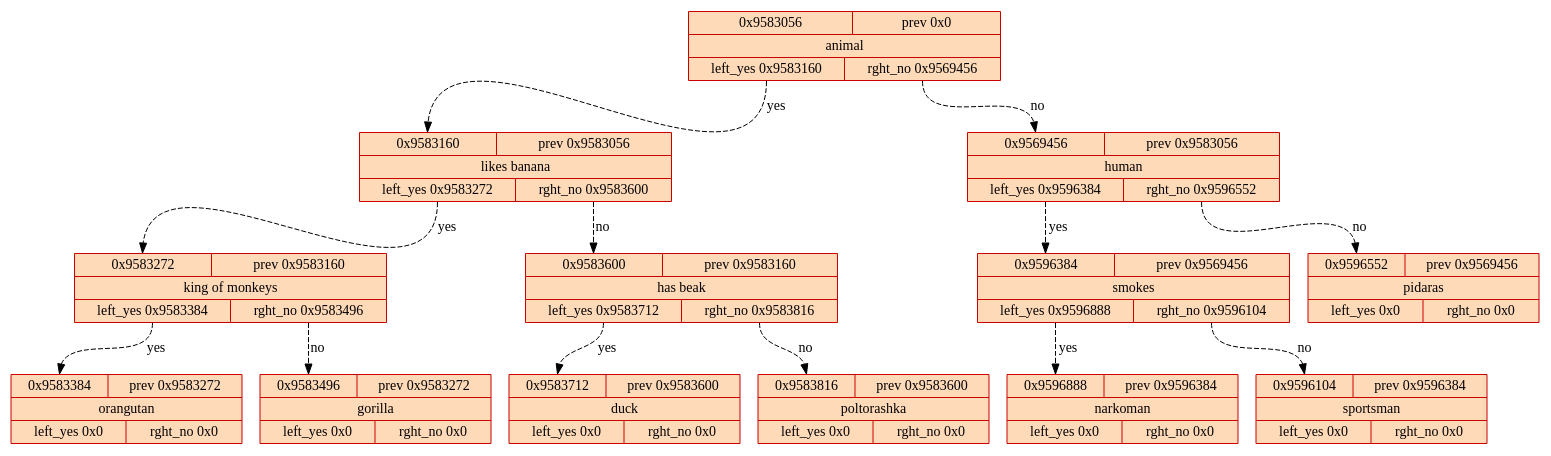
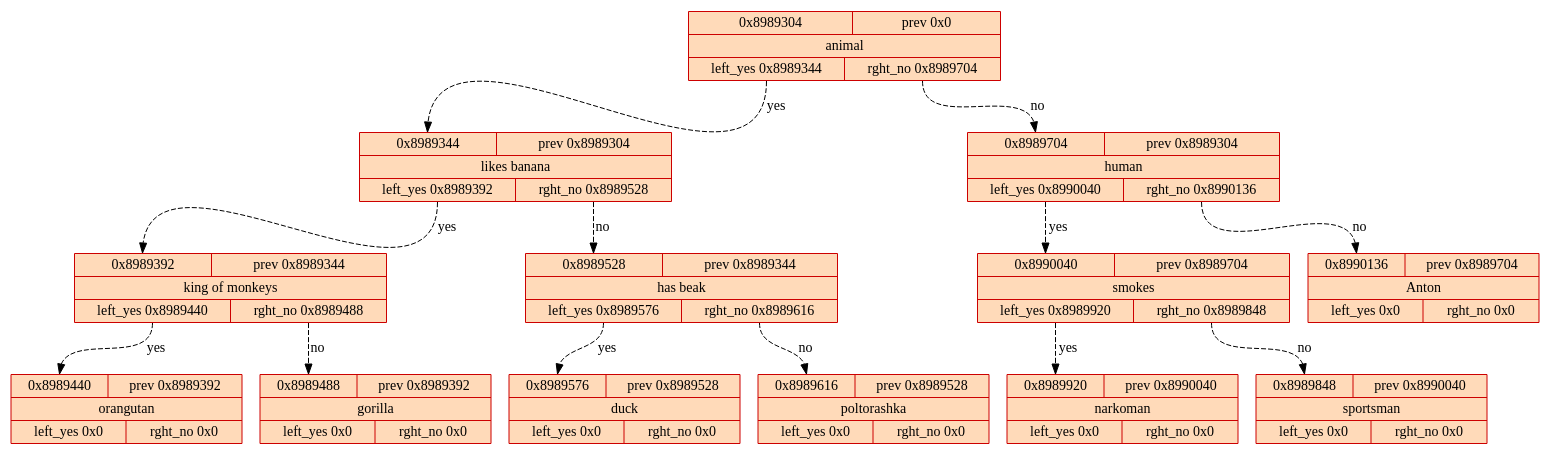
One commit to Art8mish/Akinator changed the diagram in tree_graph.gv. Above: the diagram before and after it, drawn with Graphviz. The commit also changed 31 other files, not shown here.

```diff
--- a/tree_graph.gv
+++ b/tree_graph.gv
@@ -1,29 +1,29 @@
 digraph tree{
 	rankdir=TB;
 spline = ortho;
-	9583056[style="filled",fillcolor="peachpuff"shape=record,color=red3,label="{{<f0> 0x9583056 |<f3>prev 0x0}|animal|{<f2>left_yes 0x9583160 | <f1>rght_no 0x9569456}}"]
-	9583056:<f2>:s->9583160:<f0>:n[weight = 1, constraint=true, style="dashed", label="yes"]
-	9583056:<f1>:s->9569456:<f0>:n[weight = 1, constraint=true, style="dashed", label="no"]
-	9569456[style="filled",fillcolor="peachpuff"shape=record,color=red3,label="{{<f0> 0x9569456 |<f3>prev 0x9583056}|human|{<f2>left_yes 0x9596384 | <f1>rght_no 0x9596552}}"]
-	9569456:<f2>:s->9596384:<f0>:n[weight = 1, constraint=true, style="dashed", label="yes"]
-	9569456:<f1>:s->9596552:<f0>:n[weight = 1, constraint=true, style="dashed", label="no"]
-	9596552[style="filled",fillcolor="peachpuff"shape=record,color=red3,label="{{<f0> 0x9596552 |<f3>prev 0x9569456}|pidaras|{<f2>left_yes 0x0 | <f1>rght_no 0x0}}"]
-	9596384[style="filled",fillcolor="peachpuff"shape=record,color=red3,label="{{<f0> 0x9596384 |<f3>prev 0x9569456}|smokes|{<f2>left_yes 0x9596888 | <f1>rght_no 0x9596104}}"]
-	9596384:<f2>:s->9596888:<f0>:n[weight = 1, constraint=true, style="dashed", label="yes"]
-	9596384:<f1>:s->9596104:<f0>:n[weight = 1, constraint=true, style="dashed", label="no"]
-	9596104[style="filled",fillcolor="peachpuff"shape=record,color=red3,label="{{<f0> 0x9596104 |<f3>prev 0x9596384}|sportsman|{<f2>left_yes 0x0 | <f1>rght_no 0x0}}"]
-	9596888[style="filled",fillcolor="peachpuff"shape=record,color=red3,label="{{<f0> 0x9596888 |<f3>prev 0x9596384}|narkoman|{<f2>left_yes 0x0 | <f1>rght_no 0x0}}"]
-	9583160[style="filled",fillcolor="peachpuff"shape=record,color=red3,label="{{<f0> 0x9583160 |<f3>prev 0x9583056}|likes banana|{<f2>left_yes 0x9583272 | <f1>rght_no 0x9583600}}"]
-	9583160:<f2>:s->9583272:<f0>:n[weight = 1, constraint=true, style="dashed", label="yes"]
-	9583160:<f1>:s->9583600:<f0>:n[weight = 1, constraint=true, style="dashed", label="no"]
-	9583600[style="filled",fillcolor="peachpuff"shape=record,color=red3,label="{{<f0> 0x9583600 |<f3>prev 0x9583160}|has beak|{<f2>left_yes 0x9583712 | <f1>rght_no 0x9583816}}"]
-	9583600:<f2>:s->9583712:<f0>:n[weight = 1, constraint=true, style="dashed", label="yes"]
-	9583600:<f1>:s->9583816:<f0>:n[weight = 1, constraint=true, style="dashed", label="no"]
-	9583816[style="filled",fillcolor="peachpuff"shape=record,color=red3,label="{{<f0> 0x9583816 |<f3>prev 0x9583600}|poltorashka|{<f2>left_yes 0x0 | <f1>rght_no 0x0}}"]
-	9583712[style="filled",fillcolor="peachpuff"shape=record,color=red3,label="{{<f0> 0x9583712 |<f3>prev 0x9583600}|duck|{<f2>left_yes 0x0 | <f1>rght_no 0x0}}"]
-	9583272[style="filled",fillcolor="peachpuff"shape=record,color=red3,label="{{<f0> 0x9583272 |<f3>prev 0x9583160}|king of monkeys|{<f2>left_yes 0x9583384 | <f1>rght_no 0x9583496}}"]
-	9583272:<f2>:s->9583384:<f0>:n[weight = 1, constraint=true, style="dashed", label="yes"]
-	9583272:<f1>:s->9583496:<f0>:n[weight = 1, constraint=true, style="dashed", label="no"]
-	9583496[style="filled",fillcolor="peachpuff"shape=record,color=red3,label="{{<f0> 0x9583496 |<f3>prev 0x9583272}|gorilla|{<f2>left_yes 0x0 | <f1>rght_no 0x0}}"]
-	9583384[style="filled",fillcolor="peachpuff"shape=record,color=red3,label="{{<f0> 0x9583384 |<f3>prev 0x9583272}|orangutan|{<f2>left_yes 0x0 | <f1>rght_no 0x0}}"]
+	8989304[style="filled",fillcolor="peachpuff"shape=record,color=red3,label="{{<f0> 0x8989304 |<f3>prev 0x0}|animal|{<f2>left_yes 0x8989344 | <f1>rght_no 0x8989704}}"]
+	8989304:<f2>:s->8989344:<f0>:n[weight = 1, constraint=true, style="dashed", label="yes"]
+	8989304:<f1>:s->8989704:<f0>:n[weight = 1, constraint=true, style="dashed", label="no"]
+	8989704[style="filled",fillcolor="peachpuff"shape=record,color=red3,label="{{<f0> 0x8989704 |<f3>prev 0x8989304}|human|{<f2>left_yes 0x8990040 | <f1>rght_no 0x8990136}}"]
+	8989704:<f2>:s->8990040:<f0>:n[weight = 1, constraint=true, style="dashed", label="yes"]
+	8989704:<f1>:s->8990136:<f0>:n[weight = 1, constraint=true, style="dashed", label="no"]
+	8990136[style="filled",fillcolor="peachpuff"shape=record,color=red3,label="{{<f0> 0x8990136 |<f3>prev 0x8989704}|Anton|{<f2>left_yes 0x0 | <f1>rght_no 0x0}}"]
+	8990040[style="filled",fillcolor="peachpuff"shape=record,color=red3,label="{{<f0> 0x8990040 |<f3>prev 0x8989704}|smokes|{<f2>left_yes 0x8989920 | <f1>rght_no 0x8989848}}"]
+	8990040:<f2>:s->8989920:<f0>:n[weight = 1, constraint=true, style="dashed", label="yes"]
+	8990040:<f1>:s->8989848:<f0>:n[weight = 1, constraint=true, style="dashed", label="no"]
+	8989848[style="filled",fillcolor="peachpuff"shape=record,color=red3,label="{{<f0> 0x8989848 |<f3>prev 0x8990040}|sportsman|{<f2>left_yes 0x0 | <f1>rght_no 0x0}}"]
+	8989920[style="filled",fillcolor="peachpuff"shape=record,color=red3,label="{{<f0> 0x8989920 |<f3>prev 0x8990040}|narkoman|{<f2>left_yes 0x0 | <f1>rght_no 0x0}}"]
+	8989344[style="filled",fillcolor="peachpuff"shape=record,color=red3,label="{{<f0> 0x8989344 |<f3>prev 0x8989304}|likes banana|{<f2>left_yes 0x8989392 | <f1>rght_no 0x8989528}}"]
+	8989344:<f2>:s->8989392:<f0>:n[weight = 1, constraint=true, style="dashed", label="yes"]
+	8989344:<f1>:s->8989528:<f0>:n[weight = 1, constraint=true, style="dashed", label="no"]
+	8989528[style="filled",fillcolor="peachpuff"shape=record,color=red3,label="{{<f0> 0x8989528 |<f3>prev 0x8989344}|has beak|{<f2>left_yes 0x8989576 | <f1>rght_no 0x8989616}}"]
+	8989528:<f2>:s->8989576:<f0>:n[weight = 1, constraint=true, style="dashed", label="yes"]
+	8989528:<f1>:s->8989616:<f0>:n[weight = 1, constraint=true, style="dashed", label="no"]
+	8989616[style="filled",fillcolor="peachpuff"shape=record,color=red3,label="{{<f0> 0x8989616 |<f3>prev 0x8989528}|poltorashka|{<f2>left_yes 0x0 | <f1>rght_no 0x0}}"]
+	8989576[style="filled",fillcolor="peachpuff"shape=record,color=red3,label="{{<f0> 0x8989576 |<f3>prev 0x8989528}|duck|{<f2>left_yes 0x0 | <f1>rght_no 0x0}}"]
+	8989392[style="filled",fillcolor="peachpuff"shape=record,color=red3,label="{{<f0> 0x8989392 |<f3>prev 0x8989344}|king of monkeys|{<f2>left_yes 0x8989440 | <f1>rght_no 0x8989488}}"]
+	8989392:<f2>:s->8989440:<f0>:n[weight = 1, constraint=true, style="dashed", label="yes"]
+	8989392:<f1>:s->8989488:<f0>:n[weight = 1, constraint=true, style="dashed", label="no"]
+	8989488[style="filled",fillcolor="peachpuff"shape=record,color=red3,label="{{<f0> 0x8989488 |<f3>prev 0x8989392}|gorilla|{<f2>left_yes 0x0 | <f1>rght_no 0x0}}"]
+	8989440[style="filled",fillcolor="peachpuff"shape=record,color=red3,label="{{<f0> 0x8989440 |<f3>prev 0x8989392}|orangutan|{<f2>left_yes 0x0 | <f1>rght_no 0x0}}"]
 }
```
